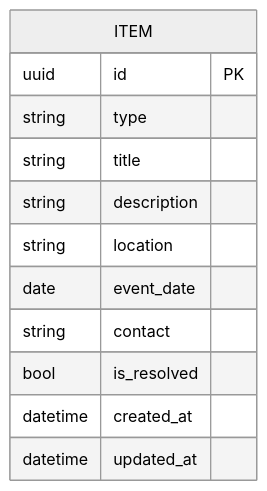
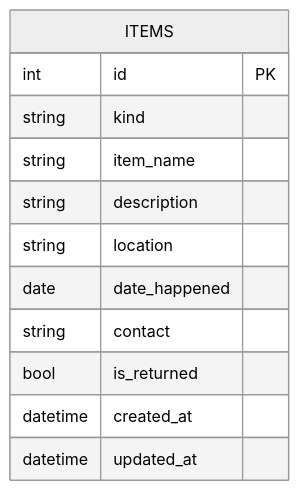
The fifth of 6 diagrams in docs/03-tdd.md (Rifat-stack/2311188_LostSpot), drawn with Mermaid (neutral theme) before and after one commit. The commit also changed other lines of this file and 44 other files, not shown here.

````diff
--- a/docs/03-tdd.md
+++ b/docs/03-tdd.md
@@ -172,15 +165,15 @@
 ```mermaid
 erDiagram
-    ITEM {
-        uuid id PK
-        string type
-        string title
+    ITEMS {
+        int id PK
+        string kind
+        string item_name
         string description
         string location
-        date event_date
+        date date_happened
         string contact
-        bool is_resolved
+        bool is_returned
         datetime created_at
         datetime updated_at
     }
 ```
````
